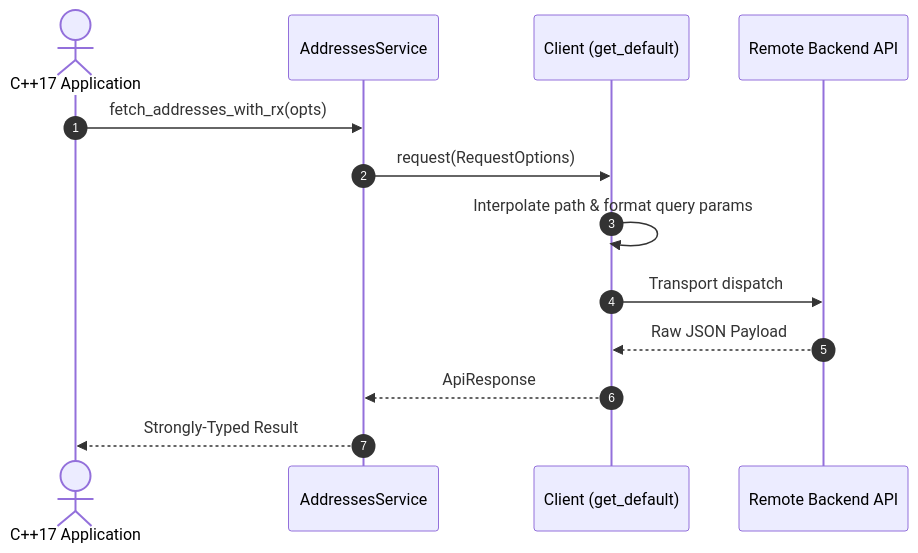
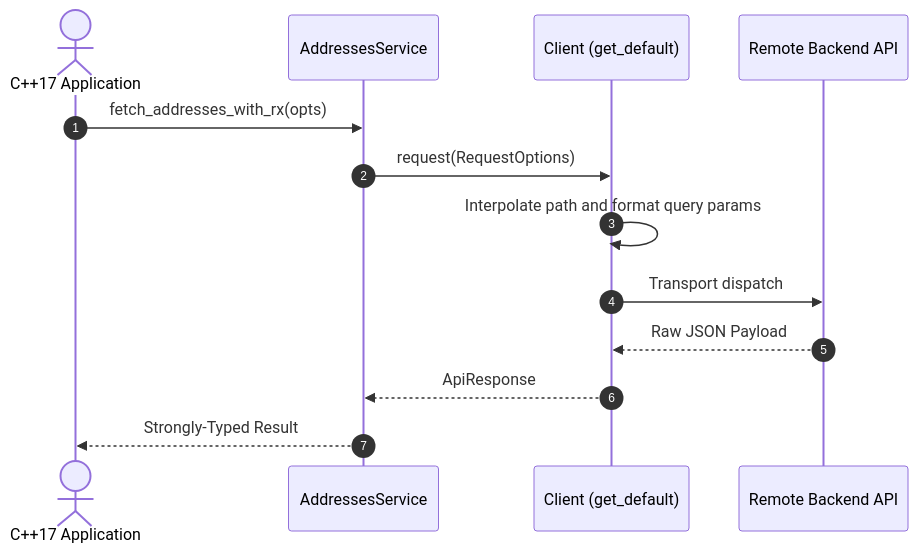
Before and after one commit to chahakshahcs5/retrofit-sdk-gen: the diagram in docs/cpp.md, drawn with Mermaid. The commit also changed 13 other files, not shown here.

Commit message:
fix(docs): quote Mermaid edge labels and sanitize syntax for GitHub renderer

````diff
--- a/docs/cpp.md
+++ b/docs/cpp.md
@@ -40,16 +40,16 @@
 ```mermaid
 sequenceDiagram
     autonumber
     actor App as C++17 Application
     participant Svc as AddressesService
     participant Client as Client (get_default)
     participant Net as Remote Backend API
 
     App->>Svc: fetch_addresses_with_rx(opts)
     Svc->>Client: request(RequestOptions)
-    Client->>Client: Interpolate path & format query params
+    Client->>Client: Interpolate path and format query params
     Client->>Net: Transport dispatch
     Net-->>Client: Raw JSON Payload
     Client-->>Svc: ApiResponse
     Svc-->>App: Strongly-Typed Result
 ```
````
